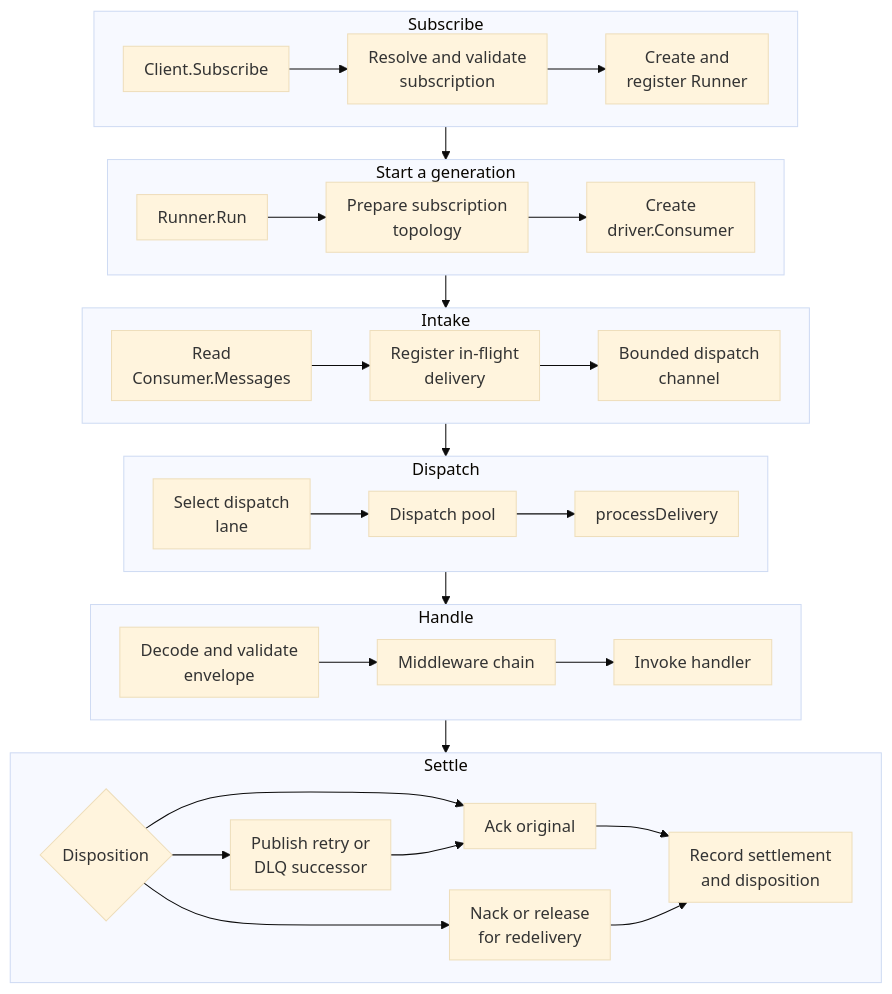
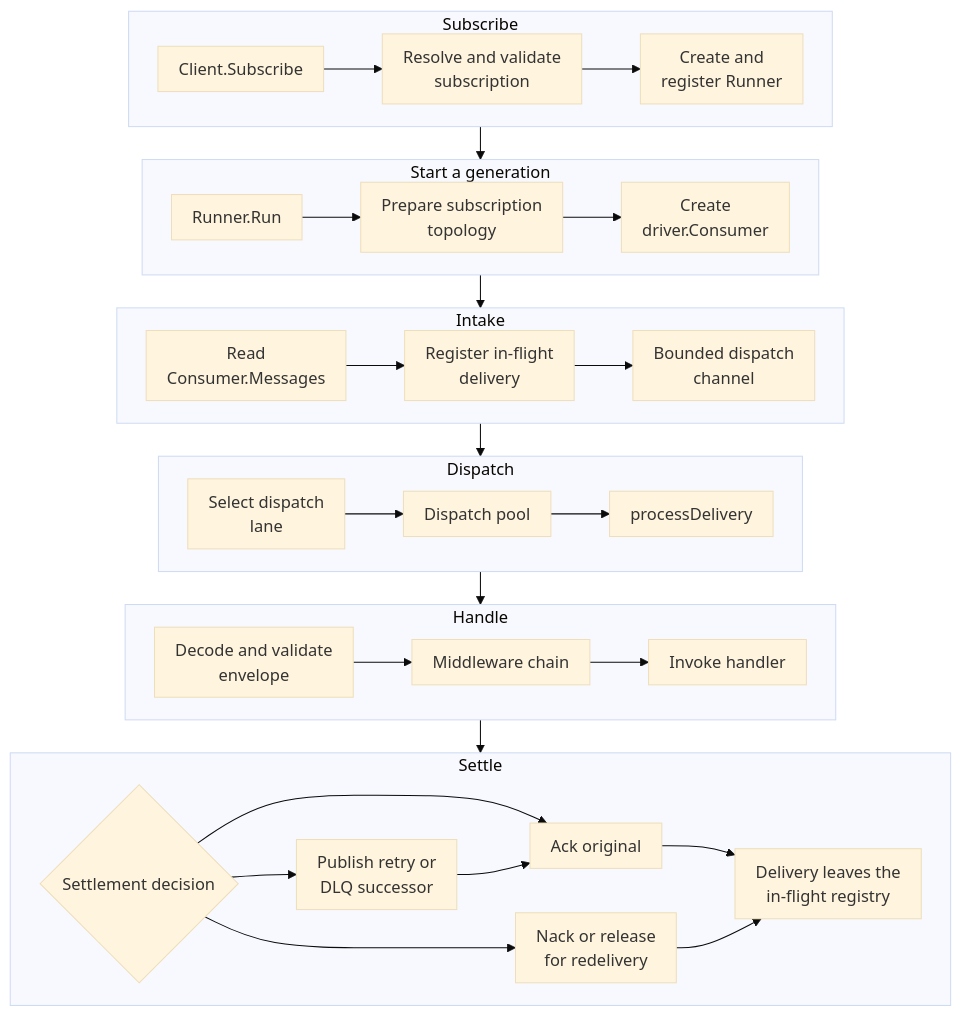
One commit to bktrung/edm_sdk changed the first of 3 diagrams in docs/development/consume-flow.md. Above: the diagram before and after it, drawn with Mermaid (base theme). The commit also changed other lines of this file and 18 other files, not shown here.

````diff
--- a/docs/development/consume-flow.md
+++ b/docs/development/consume-flow.md
@@ -14,33 +14,33 @@
 ```mermaid
 %%{init: {"flowchart": {"nodeSpacing": 24, "rankSpacing": 32, "padding": 10}}}%%
 flowchart TB
     subgraph S1[Subscribe]
         direction LR
         SUB[Client.Subscribe] --> RES[Resolve and validate<br/>subscription] --> RUNNER[Create and<br/>register Runner]
     end
     subgraph S2[Start a generation]
         direction LR
         RUN[Runner.Run] --> TOPO[Prepare subscription<br/>topology] --> CONSUMER[Create<br/>driver.Consumer]
     end
     subgraph S3[Intake]
         direction LR
         FETCH[Read<br/>Consumer.Messages] --> REGISTER[Register in-flight<br/>delivery] --> CHANNEL[Bounded dispatch<br/>channel]
     end
     subgraph S4[Dispatch]
         direction LR
         SCHED[Select dispatch<br/>lane] --> POOL[Dispatch pool] --> PROCESS[processDelivery]
     end
     subgraph S5[Handle]
         direction LR
         DECODE[Decode and validate<br/>envelope] --> MIDDLEWARE[Middleware chain] --> HANDLER[Invoke handler]
     end
     subgraph S6[Settle]
         direction LR
-        OUTCOME{Disposition} --> ACK[Ack original]
+        OUTCOME{Settlement decision} --> ACK[Ack original]
         OUTCOME --> SUCCESSOR[Publish retry or<br/>DLQ successor] --> ACK
         OUTCOME --> REQUEUE[Nack or release<br/>for redelivery]
-        ACK --> ACCOUNT[Record settlement<br/>and disposition]
-        REQUEUE --> ACCOUNT
+        ACK --> LEFT[Delivery leaves the<br/>in-flight registry]
+        REQUEUE --> LEFT
     end
     S1 --> S2 --> S3 --> S4 --> S5 --> S6
 ```
````
